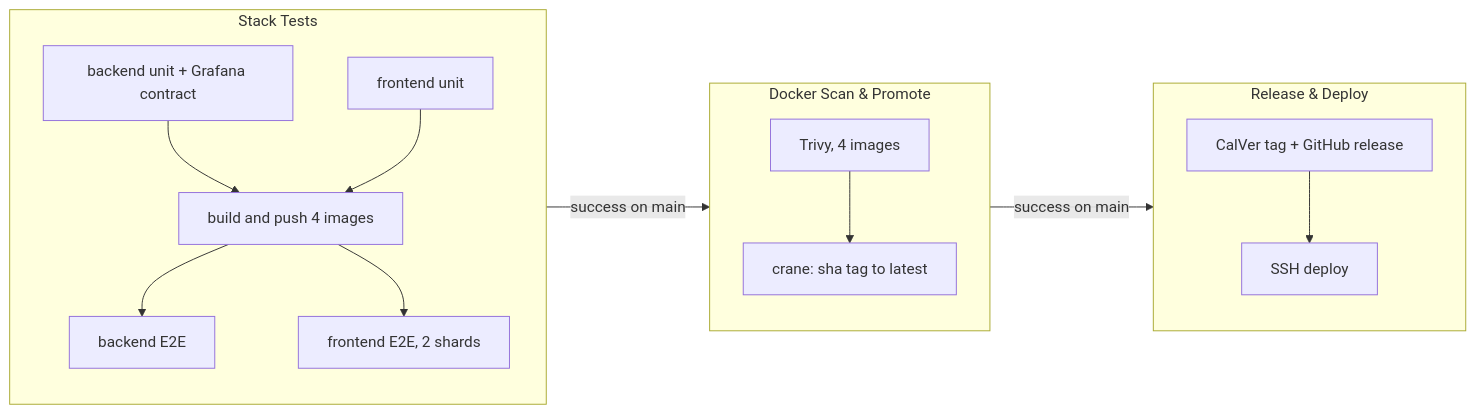
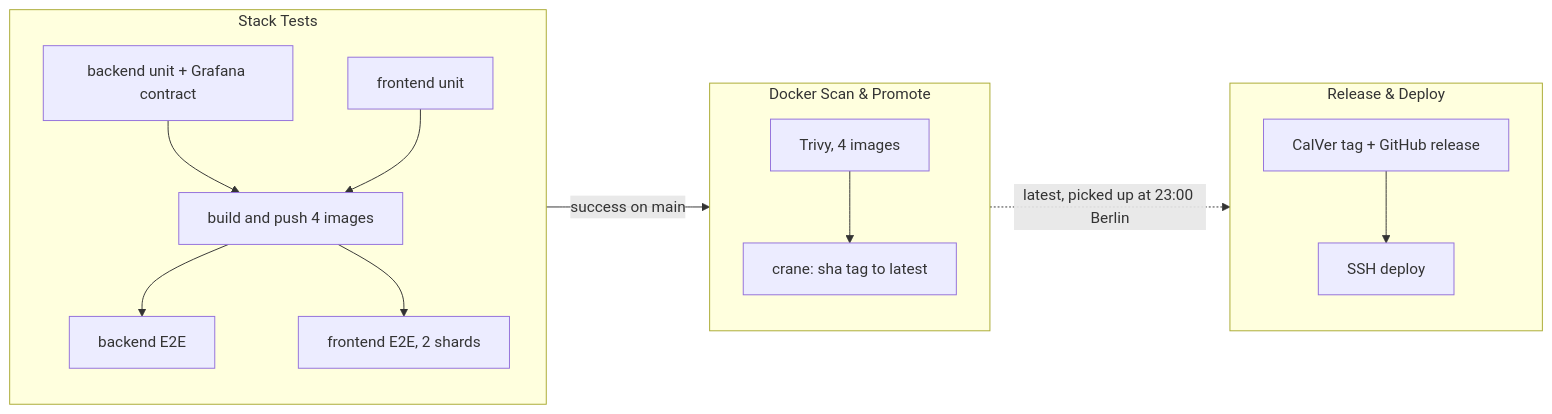
One commit to HardMax71/Integr8sCode changed the diagram in docs/operations/cicd.md. Above: the diagram before and after it, drawn with Mermaid. The commit also changed other lines of this file and 2 other files, not shown here.

````diff
--- a/docs/operations/cicd.md
+++ b/docs/operations/cicd.md
@@ -5,17 +5,17 @@
 ```mermaid
 graph LR
     subgraph ST["Stack Tests"]
         UB["backend unit + Grafana contract"] --> Build["build and push 4 images"]
         UF["frontend unit"] --> Build
         Build --> EB["backend E2E"]
         Build --> EF["frontend E2E, 2 shards"]
     end
     subgraph DSP["Docker Scan & Promote"]
         Scan["Trivy, 4 images"] --> Promote["crane: sha tag to latest"]
     end
     subgraph RD["Release & Deploy"]
         Release["CalVer tag + GitHub release"] --> Deploy["SSH deploy"]
     end
     ST -->|"success on main"| DSP
-    DSP -->|"success on main"| RD
+    DSP -.->|"latest, picked up at 23:00 Berlin"| RD
 ```
````
